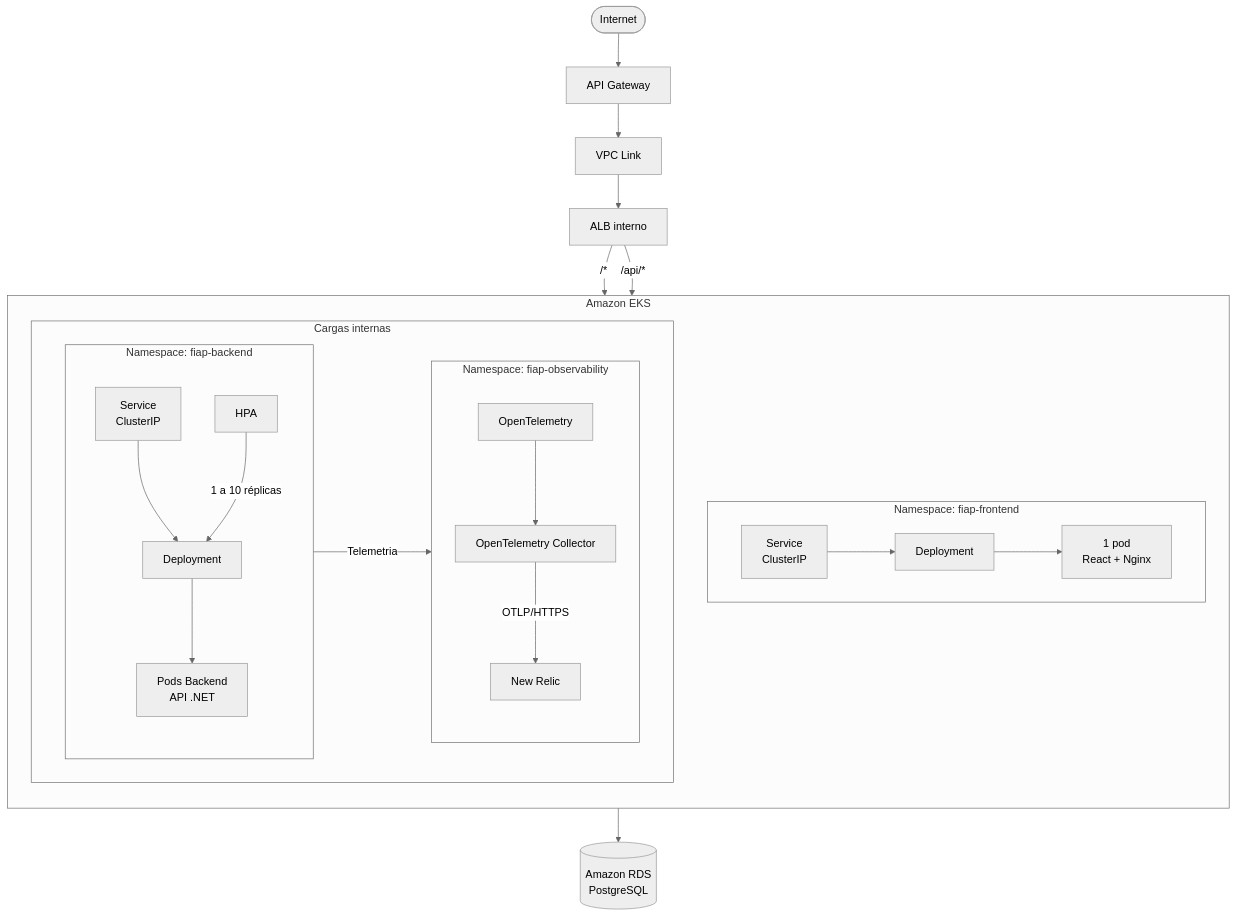
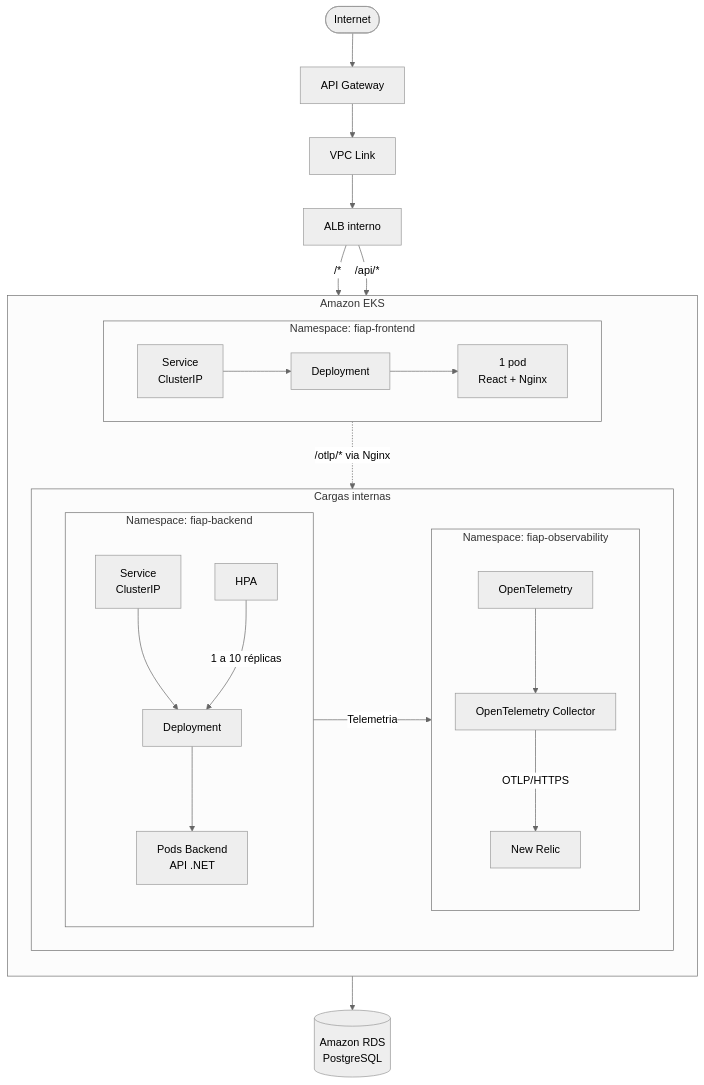
The second of 3 diagrams in docs/ARQUITETURA.md (Maieru/fiap-tech-challenge), drawn with Mermaid (neutral theme) before and after one commit. The commit also changed other lines of this file and 23 other files, not shown here.

````diff
--- a/docs/ARQUITETURA.md
+++ b/docs/ARQUITETURA.md
@@ -44,39 +44,40 @@
 ```mermaid
 flowchart TB
     Internet([Internet]) --> Gateway["API Gateway"]
     Gateway --> Link["VPC Link"]
     Link --> ALB["ALB interno"]
 
     subgraph EKS["Amazon EKS"]
         direction TB
 
         subgraph FrontNS["Namespace: fiap-frontend"]
             direction LR
             FrontService["Service<br/>ClusterIP"] --> FrontDeploy[Deployment]
             FrontDeploy --> FrontPods["1 pod<br/>React + Nginx"]
         end
 
         subgraph Internal["Cargas internas"]
             direction LR
 
             subgraph BackNS["Namespace: fiap-backend"]
                 direction TB
                 BackService["Service<br/>ClusterIP"] --> BackDeploy[Deployment]
                 HPA[HPA] -->|1 a 10 réplicas| BackDeploy
                 BackDeploy --> BackPods["Pods Backend<br/>API .NET"]
             end
 
             subgraph ObsNS["Namespace: fiap-observability"]
                 direction TB
                 Telemetry[OpenTelemetry] --> Collector[OpenTelemetry Collector]
                 Collector -->|"OTLP/HTTPS"| NewRelic[New Relic]
             end
         end
 
         BackPods -->|Telemetria| Telemetry
+        FrontPods -.->|"/otlp/* via Nginx"| Telemetry
     end
 
     ALB -->|"/*"| FrontService
     ALB -->|"/api/*"| BackService
     BackPods --> RDS[(Amazon RDS<br/>PostgreSQL)]
 ```
````
